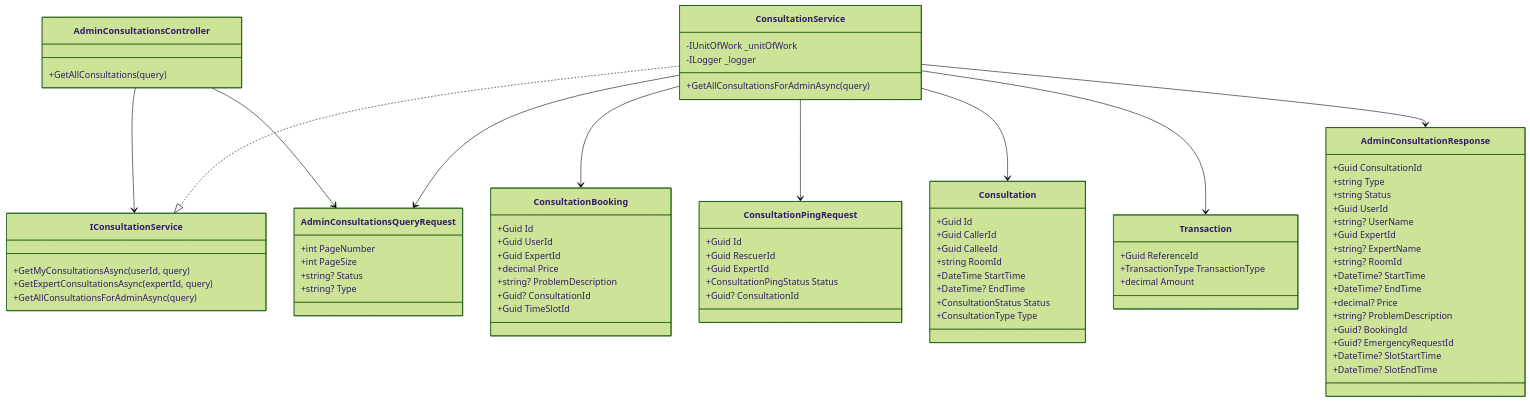
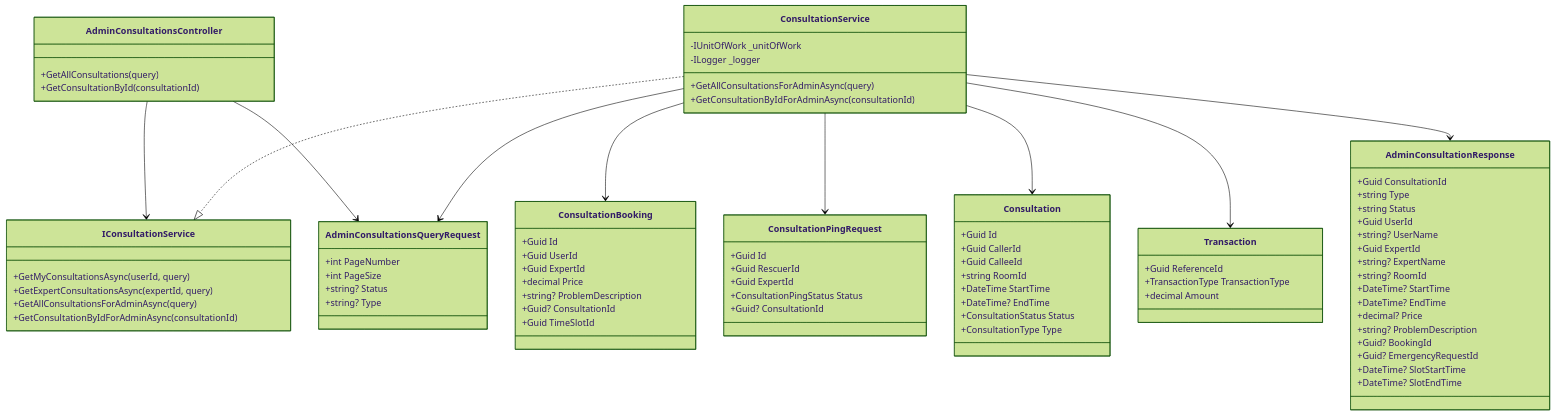
Before and after one commit to Snake-AID/SnakeAid.Docs: the first of 4 diagrams in Docs/05-Backend/02-layers/admin-consultation-history/admin-consultation-history.sourcecode.md, drawn with Mermaid (forest theme). The commit also changed other lines of this file and 3 other files, not shown here.

Commit message:
docs(admin-consultation-history): update introduction, roadmap, sourcecode, and usage guide with detail endpoint planning and implementation

```diff
--- a/Docs/05-Backend/02-layers/admin-consultation-history/admin-consultation-history.sourcecode.md
+++ b/Docs/05-Backend/02-layers/admin-consultation-history/admin-consultation-history.sourcecode.md
@@ -42,18 +42,21 @@
 classDiagram
     class AdminConsultationsController {
         +GetAllConsultations(query)
+        +GetConsultationById(consultationId)
     }
 
     class IConsultationService {
         +GetMyConsultationsAsync(userId, query)
         +GetExpertConsultationsAsync(expertId, query)
         +GetAllConsultationsForAdminAsync(query)
+        +GetConsultationByIdForAdminAsync(consultationId)
     }
 
     class ConsultationService {
         -IUnitOfWork _unitOfWork
         -ILogger _logger
         +GetAllConsultationsForAdminAsync(query)
+        +GetConsultationByIdForAdminAsync(consultationId)
     }
 
     class AdminConsultationsQueryRequest {
```
